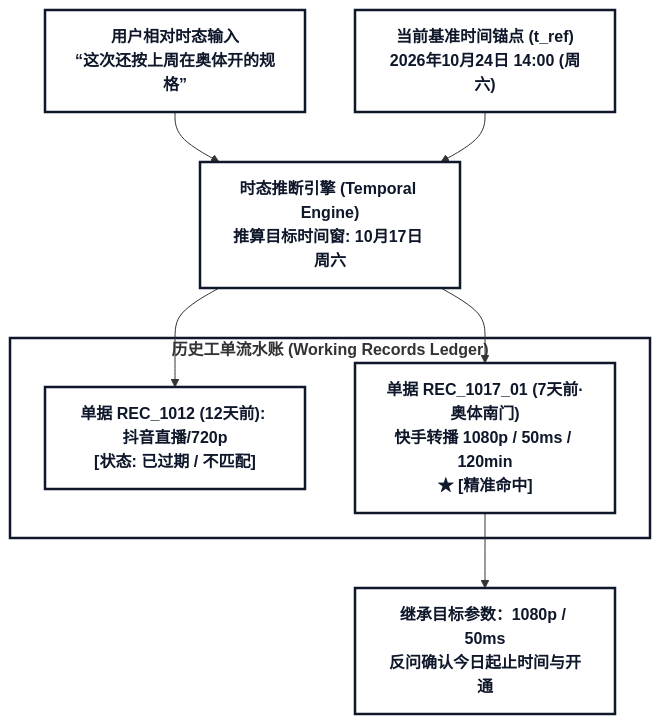
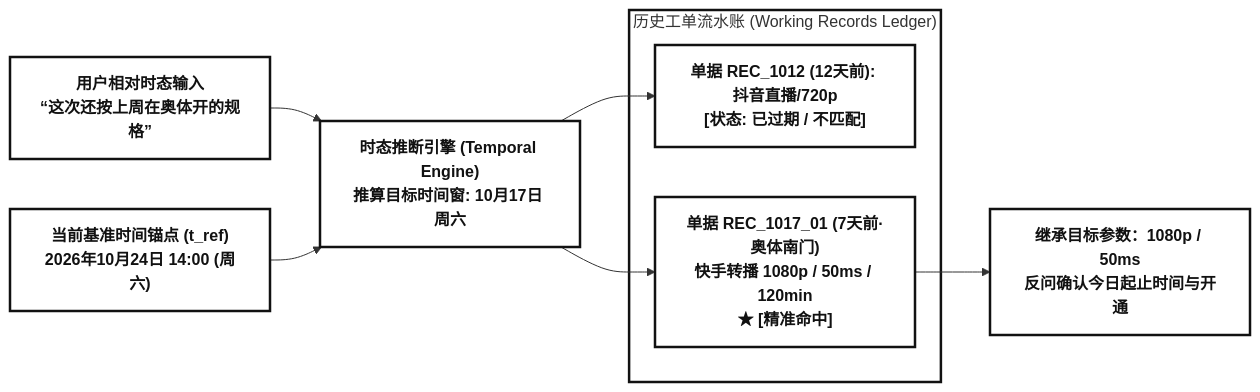
The fourth of 5 diagrams in docs/archive/memory_evolution_proposal.md (wangbanjin1/cross_data_gen), drawn with Mermaid before and after one commit. The commit also changed other lines of this file and 17 other files, not shown here.

Commit message:
refactor(docs): restore native Antigravity Mermaid rendering, remove self-generated diagrams, and standardize rigorous technical terminology

````diff
--- a/docs/archive/memory_evolution_proposal.md
+++ b/docs/archive/memory_evolution_proposal.md
@@ -137,19 +139,19 @@
 ```mermaid
-graph TD
-    classDef default fill:#FFFFFF,stroke:#0F172A,stroke-width:2.5px,color:#0F172A,font-weight:bold;
+graph LR
+    classDef default fill:#FFFFFF,stroke:#111111,stroke-width:2.5px,color:#111111,font-weight:bold;
 
-    UserInput["<b>用户相对时态输入<br/>“这次还按上周在奥体开的规格”</b>"] --> Engine["<b>时态推断引擎 (Temporal Engine)<br/>推算目标时间窗: 10月17日 周六</b>"]
-    TimeRef["<b>当前基准时间锚点 (t_ref)<br/>2026年10月24日 14:00 (周六)</b>"] --> Engine
+    UserInput["用户相对时态输入<br/>“这次还按上周在奥体开的规格”"] --> Engine["时态推断引擎 (Temporal Engine)<br/>推算目标时间窗: 10月17日 周六"]
+    TimeRef["当前基准时间锚点 (t_ref)<br/>2026年10月24日 14:00 (周六)"] --> Engine
 
-    subgraph Ledger ["<b>历史工单流水账 (Working Records Ledger)</b>"]
-        R1["<b>单据 REC_1012 (12天前): 抖音直播/720p<br/>[状态: 已过期 / 不匹配]</b>"]
-        R2["<b>单据 REC_1017_01 (7天前·奥体南门)<br/>快手转播 1080p / 50ms / 120min<br/>★ [精准命中]</b>"]
+    subgraph Ledger ["历史工单流水账 (Working Records Ledger)"]
+        R1["单据 REC_1012 (12天前): 抖音直播/720p<br/>[状态: 已过期 / 不匹配]"]
+        R2["单据 REC_1017_01 (7天前·奥体南门)<br/>快手转播 1080p / 50ms / 120min<br/>★ [精准命中]"]
     end
 
     Engine --> R1
     Engine --> R2
 
-    R2 --> Output["<b>继承目标参数：1080p / 50ms<br/>反问确认今日起止时间与开通</b>"]
+    R2 --> Output["继承目标参数：1080p / 50ms<br/>反问确认今日起止时间与开通"]
 
-    style Ledger fill:#FFFFFF,stroke:#0F172A,stroke-width:2.5px;
+    style Ledger fill:#FFFFFF,stroke:#111111,stroke-width:2.5px;
 ```
````
